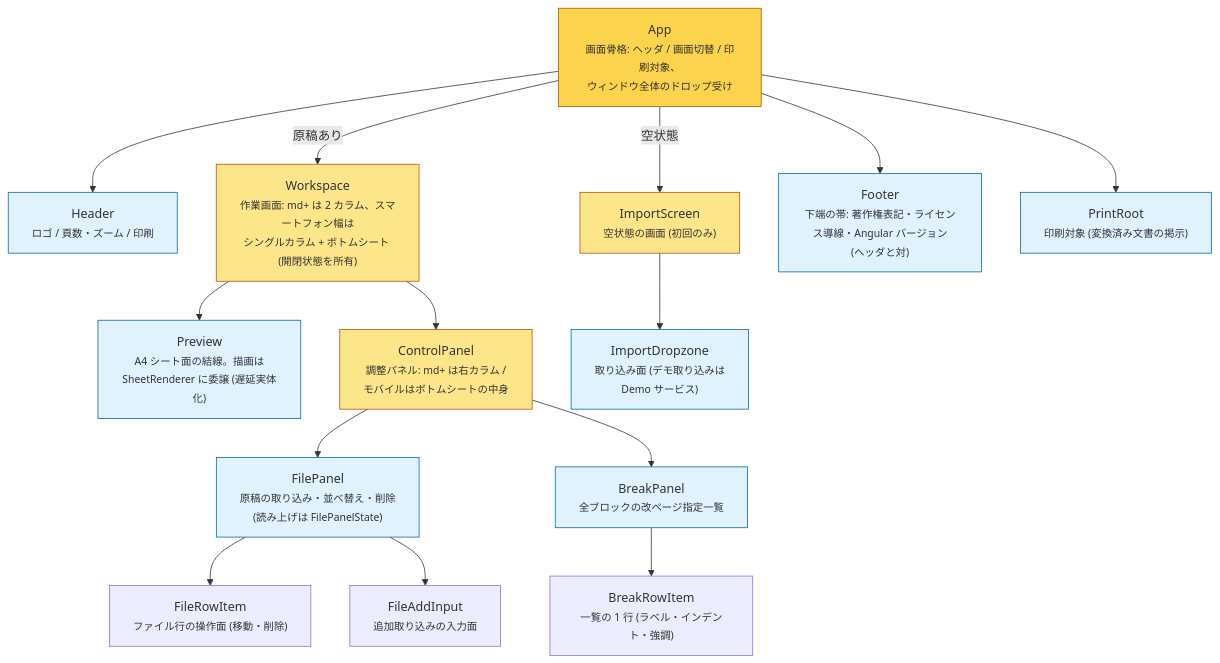
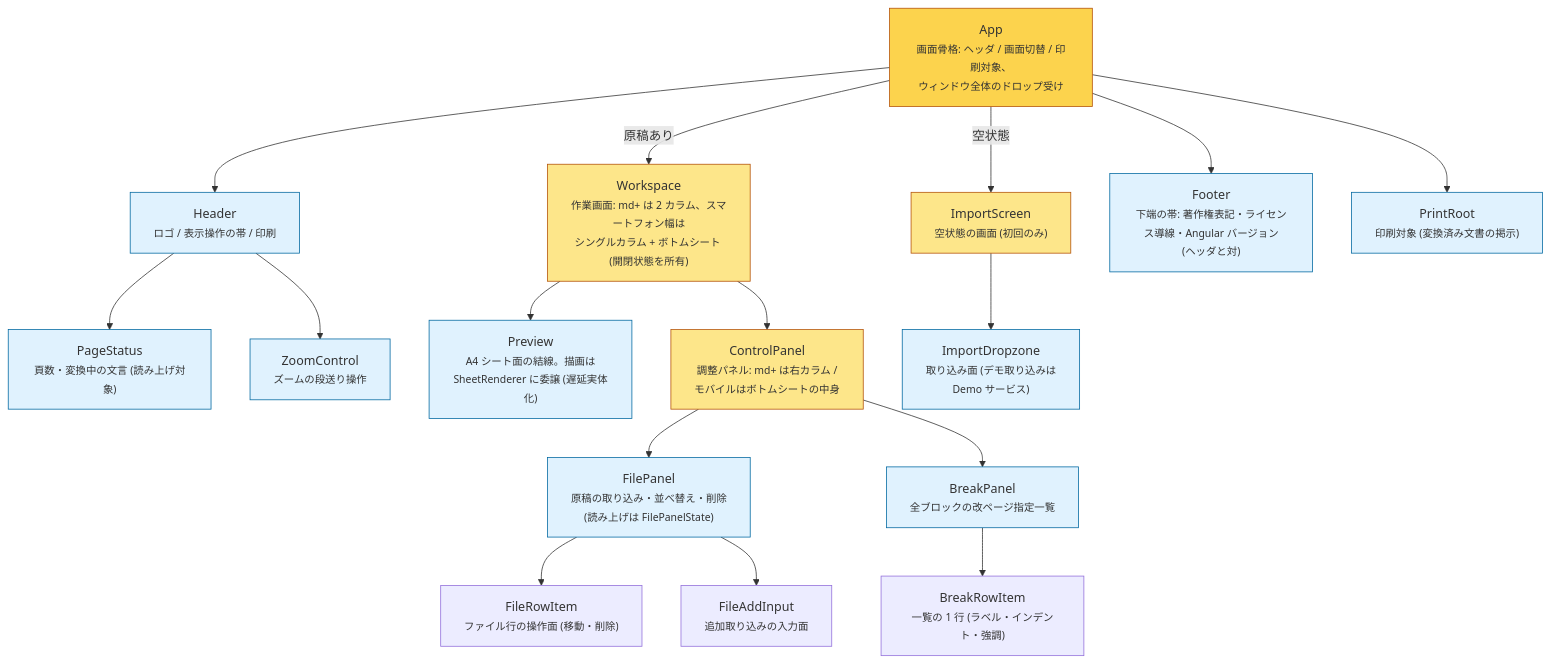
Before and after one commit to lacolaco/printmd: the diagram in docs/component-tree.md, drawn with Mermaid. The commit also changed other lines of this file and 7 other files, not shown here.

````diff
--- a/docs/component-tree.md
+++ b/docs/component-tree.md
@@ -6,38 +6,42 @@
 ```mermaid
 flowchart TB
   APP["App<br/><small>画面骨格: ヘッダ / 画面切替 / 印刷対象、<br/>ウィンドウ全体のドロップ受け</small>"]
-  HEADER["Header<br/><small>ロゴ / 頁数・ズーム / 印刷</small>"]
+  HEADER["Header<br/><small>ロゴ / 表示操作の帯 / 印刷</small>"]
+  STATUS["PageStatus<br/><small>頁数・変換中の文言 (読み上げ対象)</small>"]
+  ZOOMC["ZoomControl<br/><small>ズームの段送り操作</small>"]
   WS["Workspace<br/><small>作業画面: md+ は 2 カラム、スマートフォン幅は<br/>シングルカラム + ボトムシート (開閉状態を所有)</small>"]
   IMPORT["ImportScreen<br/><small>空状態の画面 (初回のみ)</small>"]
   PREVIEW["Preview<br/><small>A4 シート面の結線。描画は<br/>SheetRenderer に委譲 (遅延実体化)</small>"]
   PANEL["ControlPanel<br/><small>調整パネル: md+ は右カラム /<br/>モバイルはボトムシートの中身</small>"]
   FILEP["FilePanel<br/><small>原稿の取り込み・並べ替え・削除<br/>(読み上げは FilePanelState)</small>"]
   BREAKP["BreakPanel<br/><small>全ブロックの改ページ指定一覧</small>"]
   BREAKROW["BreakRowItem<br/><small>一覧の 1 行 (ラベル・インデント・強調)</small>"]
   FILEROW["FileRowItem<br/><small>ファイル行の操作面 (移動・削除)</small>"]
   FILEADD["FileAddInput<br/><small>追加取り込みの入力面</small>"]
   FOOTER["Footer<br/><small>下端の帯: 著作権表記・ライセンス導線・Angular バージョン<br/>(ヘッダと対)</small>"]
   DROP["ImportDropzone<br/><small>取り込み面 (デモ取り込みは<br/>Demo サービス)</small>"]
   PRINT["PrintRoot<br/><small>印刷対象 (変換済み文書の掲示)</small>"]
 
   APP --> HEADER
+  HEADER --> STATUS
+  HEADER --> ZOOMC
   APP --> FOOTER
   APP -->|"原稿あり"| WS
   APP -->|"空状態"| IMPORT
   APP --> PRINT
   WS --> PREVIEW
   WS --> PANEL
   PANEL --> FILEP
   PANEL --> BREAKP
   BREAKP --> BREAKROW
   FILEP --> FILEROW
   FILEP --> FILEADD
   IMPORT --> DROP
 
   classDef shell fill:#fcd34d,stroke:#b45309
   classDef layout fill:#fde68a,stroke:#b45309
   classDef leaf fill:#e0f2fe,stroke:#0369a1
   class APP shell
   class WS,PANEL,IMPORT layout
-  class HEADER,PREVIEW,FILEP,BREAKP,FOOTER,DROP,PRINT leaf
+  class HEADER,STATUS,ZOOMC,PREVIEW,FILEP,BREAKP,FOOTER,DROP,PRINT leaf
 ```
````
